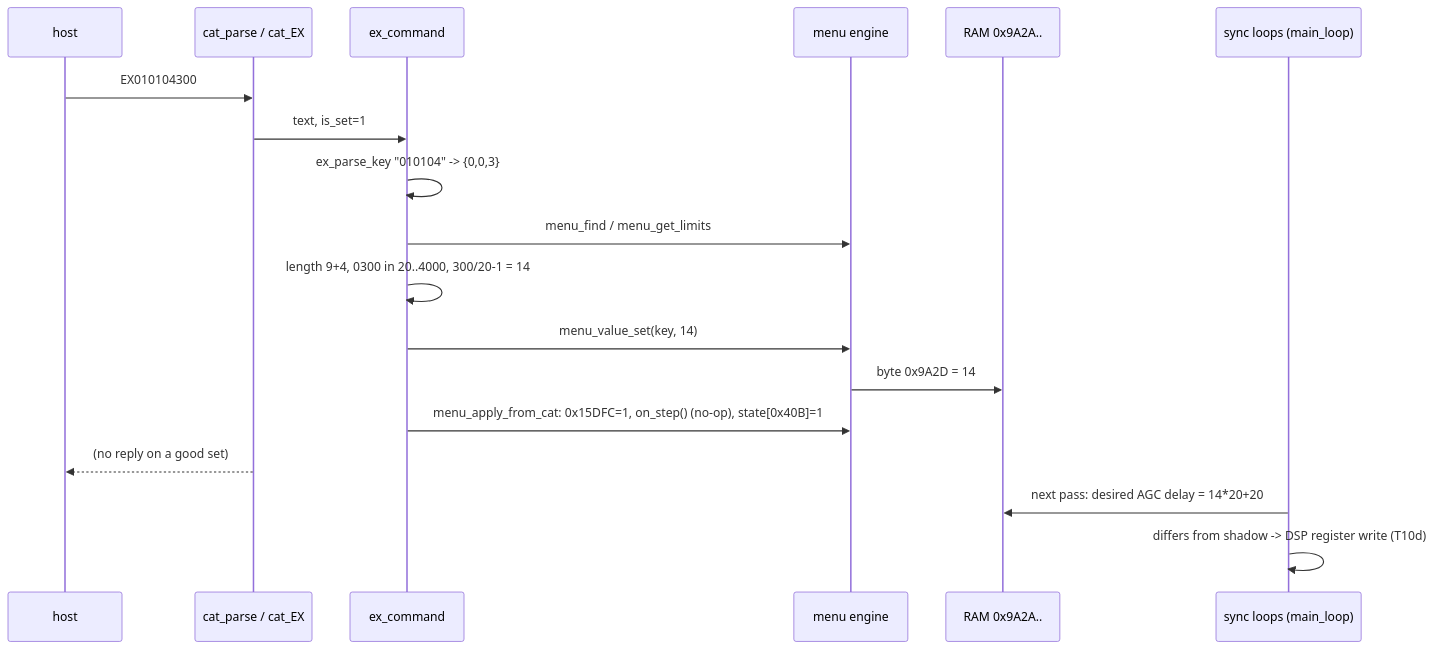
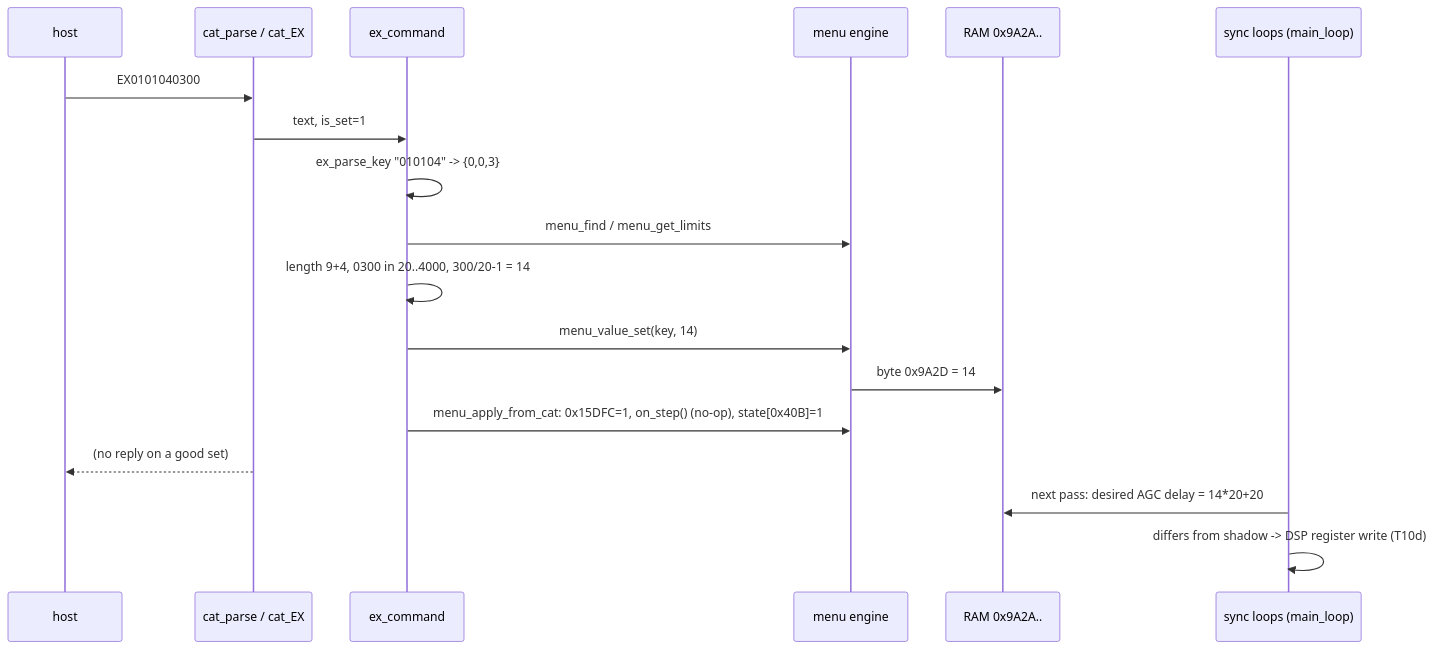
Before and after one commit to Reid-n0rc/FT-710_Firmware: the second of 3 diagrams in docs/code/main/menu.md, drawn with Mermaid. The commit also changed other lines of this file and 5 other files, not shown here.

````diff
--- a/docs/code/main/menu.md
+++ b/docs/code/main/menu.md
@@ -147,20 +147,20 @@
 ```mermaid
 sequenceDiagram
   participant H as host
   participant P as cat_parse / cat_EX
   participant X as ex_command
   participant M as menu engine
   participant R as RAM 0x9A2A..
   participant S as sync loops (main_loop)
-  H->>P: EX010104300;
+  H->>P: EX0101040300;
   P->>X: text, is_set=1
   X->>X: ex_parse_key "010104" -> {0,0,3}
   X->>M: menu_find / menu_get_limits
   X->>X: length 9+4, 0300 in 20..4000, 300/20-1 = 14
   X->>M: menu_value_set(key, 14)
   M->>R: byte 0x9A2D = 14
   X->>M: menu_apply_from_cat: 0x15DFC=1, on_step() (no-op), state[0x40B]=1
   P-->>H: (no reply on a good set)
   S->>R: next pass: desired AGC delay = 14*20+20
   S->>S: differs from shadow -> DSP register write (T10d)
 ```
````
